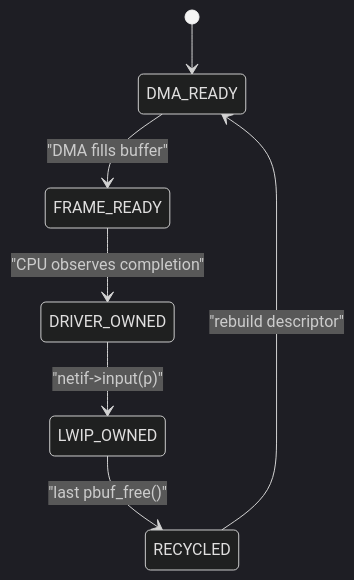
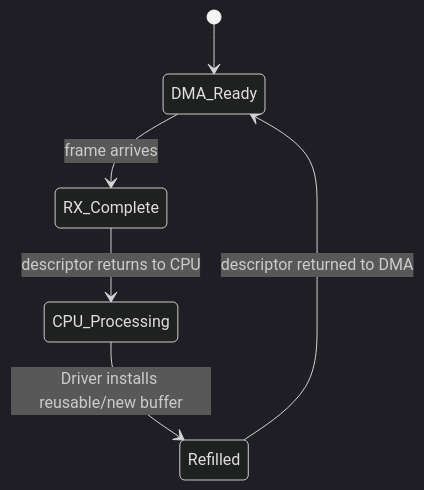
Before and after one commit to wdfk-prog/lwIP-Source-Lab: the sixth of 7 diagrams in docs/21-ethernet-descriptor-ring-backpressure.md, drawn with Mermaid (dark theme). The commit also changed other lines of this file and 49 other files, not shown here.

````diff
--- a/docs/21-ethernet-descriptor-ring-backpressure.md
+++ b/docs/21-ethernet-descriptor-ring-backpressure.md
@@ -162,9 +161,8 @@
 ```mermaid
 stateDiagram-v2
-    [*] --> DMA_READY
-    DMA_READY --> FRAME_READY: "DMA fills buffer"
-    FRAME_READY --> DRIVER_OWNED: "CPU observes completion"
-    DRIVER_OWNED --> LWIP_OWNED: "netif->input(p)"
-    LWIP_OWNED --> RECYCLED: "last pbuf_free()"
-    RECYCLED --> DMA_READY: "rebuild descriptor"
+    [*] --> DMA_Ready
+    DMA_Ready --> RX_Complete: frame arrives
+    RX_Complete --> CPU_Processing: descriptor returns to CPU
+    CPU_Processing --> Refilled: Driver installs reusable/new buffer
+    Refilled --> DMA_Ready: descriptor returned to DMA
 ```
````
